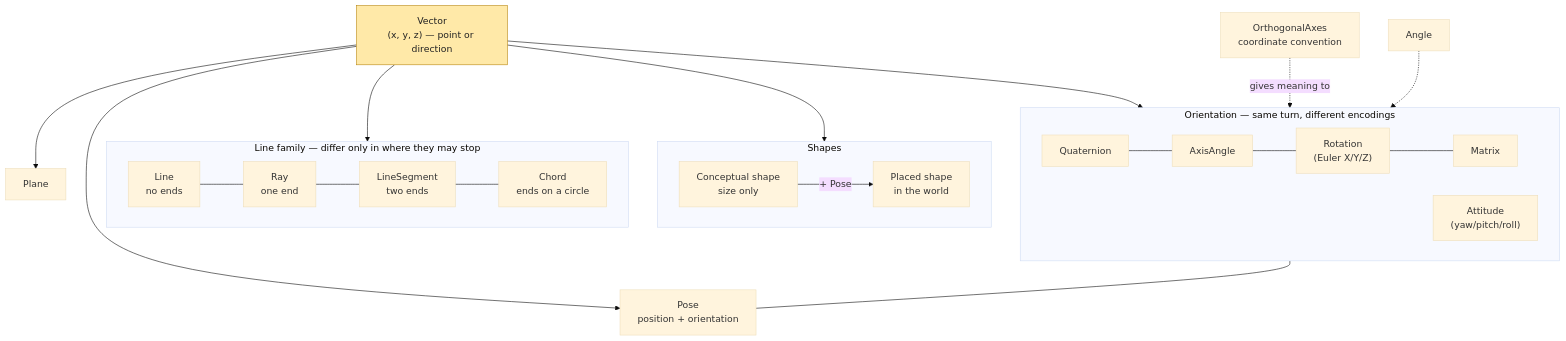
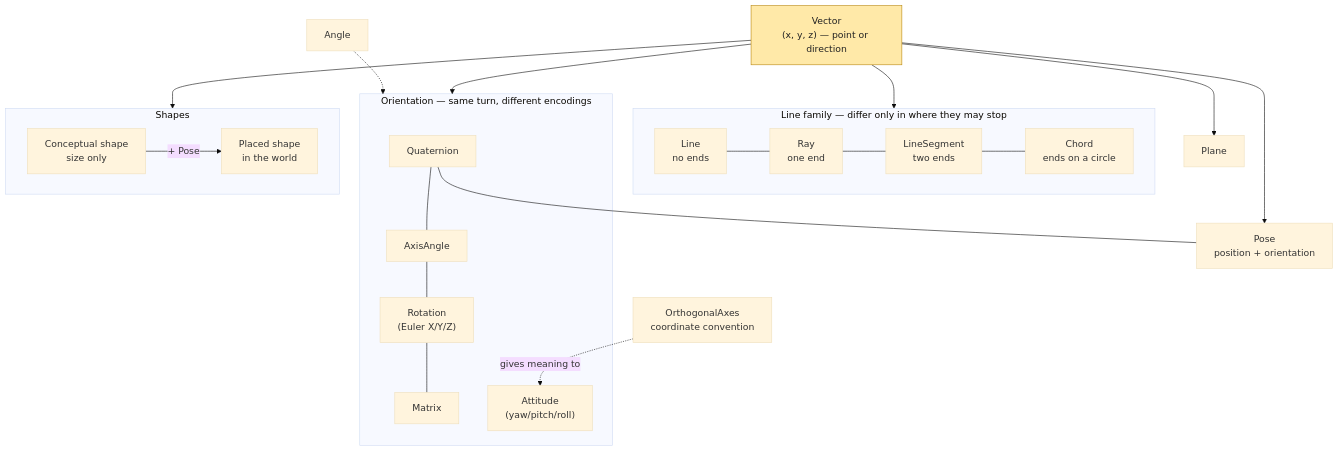
One commit to dickiepotter/RP.Math changed the first of 7 diagrams in README.md. Above: the diagram before and after it, drawn with Mermaid (base theme). The commit also changed other lines of this file and 6 other files, not shown here.

First line of the commit message:
@ Add Matrix view/projection builders with an illustrated camera guide; fix Mermaid 8.14 compatibility

````diff
--- a/README.md
+++ b/README.md
@@ -123,36 +124,34 @@
 ```mermaid
 graph TD
     V["Vector<br/>(x, y, z) — point or direction"]
 
     subgraph lines["Line family — differ only in where they may stop"]
-        direction LR
         L["Line<br/>no ends"] --- R["Ray<br/>one end"] --- S["LineSegment<br/>two ends"] --- C["Chord<br/>ends on a circle"]
     end
 
     subgraph orient["Orientation — same turn, different encodings"]
-        direction LR
         Q["Quaternion"] --- AA["AxisAngle"] --- Rot["Rotation<br/>(Euler X/Y/Z)"] --- M["Matrix"]
         Att["Attitude<br/>(yaw/pitch/roll)"]
     end
 
     subgraph shapes["Shapes"]
         Concept["Conceptual shape<br/>size only"] -->|"+ Pose"| Placed["Placed shape<br/>in the world"]
     end
 
     P["Plane"]
     Ang["Angle"]
     Pose["Pose<br/>position + orientation"]
     OA["OrthogonalAxes<br/>coordinate convention"]
 
     V --> lines
     V --> P
     V --> orient
     V --> shapes
     V --> Pose
     Q --- Pose
     OA -.->|"gives meaning to"| Att
     Ang -.-> orient
 
     classDef found fill:#ffe9a8,stroke:#b8860b,color:#222;
     class V found;
 ```
````
